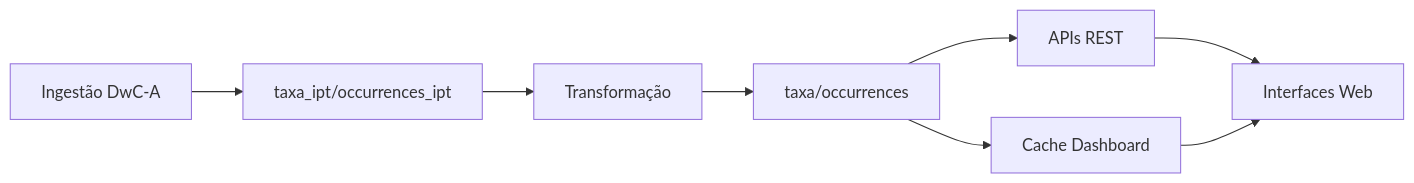
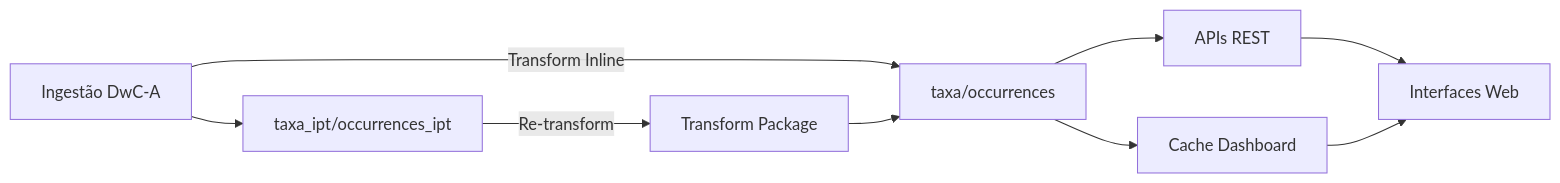
Before and after one commit to biopinda/Biodiversidade-Online: the diagram in packages/web/README.md, drawn with Mermaid. The commit also changed other lines of this file and 38 other files, not shown here.

````diff
--- a/packages/web/README.md
+++ b/packages/web/README.md
@@ -147,10 +157,11 @@
 ```mermaid
 graph LR
     A[Ingestão DwC-A] --> B[taxa_ipt/occurrences_ipt]
-    B --> C[Transformação]
+    A --> |"Transform Inline"| D
+    B --> |"Re-transform"| C[Transform Package]
     C --> D[taxa/occurrences]
     D --> E[APIs REST]
     D --> F[Cache Dashboard]
     E --> G[Interfaces Web]
     F --> G
 ```
````
